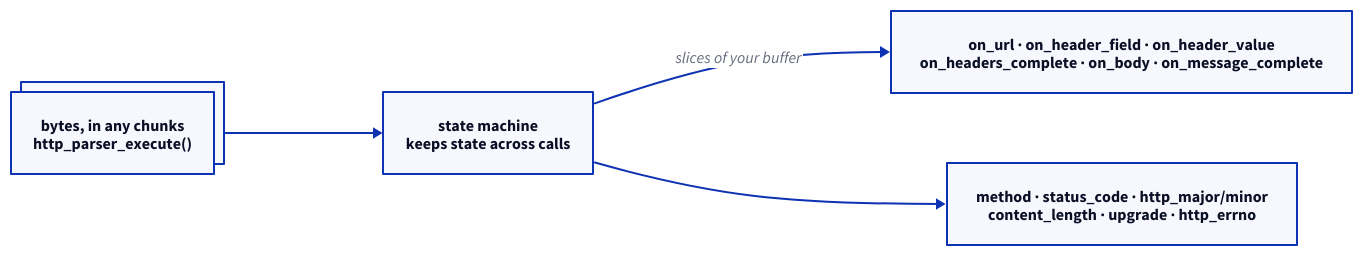
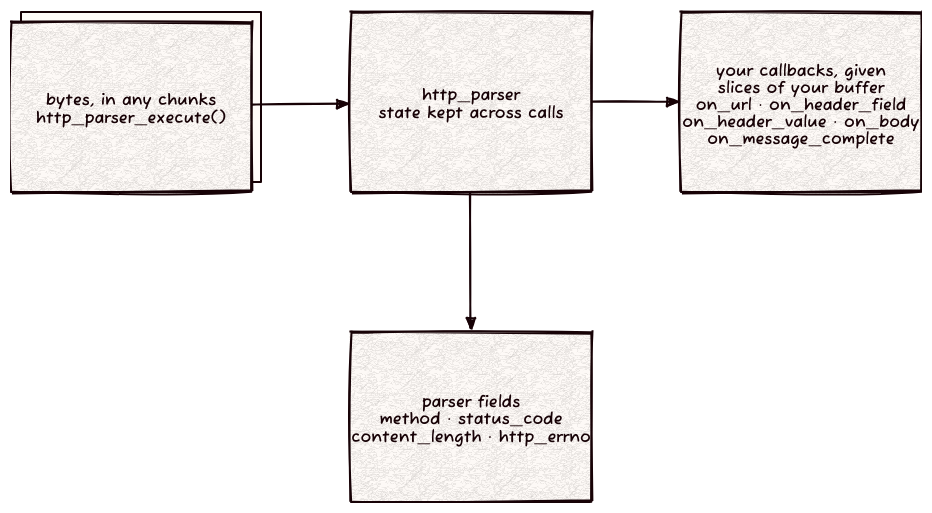
One commit to Kronuz/http-parser changed the diagram in docs/http-parser.d2. Above: the diagram before and after it, drawn with D2. The commit also changed 1 other file, not shown here.

Commit message:
Redraw the README diagram at document proportions
The four boxes sat in one row at 1833x356, so the labels rendered tiny.
A two-row grid at 960x541 keeps the same content readable.

[skip ci]

```diff
--- a/docs/http-parser.d2
+++ b/docs/http-parser.d2
@@ -1,24 +1,35 @@
 # http-parser: bytes in any framing, callbacks with slices of your own buffer.
 # Render: d2 --layout elk --sketch --theme 302 docs/http-parser.d2 docs/http-parser.svg
-direction: right
+vars: { d2-config: { layout-engine: elk; theme-id: 302; sketch: true; pad: 24 } }
+grid-rows: 2
+grid-columns: 3
+horizontal-gap: 90
+vertical-gap: 140
 
 wire: bytes {
+  width: 240
+  height: 170
   style.multiple: true
   label: "bytes, in any chunks\nhttp_parser_execute()"
 }
-
-parser: http_parser {
-  label: "state machine\nkeeps state across calls"
+parser: state machine {
+  width: 240
+  height: 170
+  label: "http_parser\nstate kept across calls"
 }
-
 callbacks: your callbacks {
-  label: "on_url · on_header_field · on_header_value\non_headers_complete · on_body · on_message_complete"
+  width: 240
+  height: 170
+  label: "your callbacks, given\nslices of your buffer\non_url · on_header_field\non_header_value · on_body\non_message_complete"
 }
-
+gap1: "" { style.opacity: 0 }
 fields: parser fields {
-  label: "method · status_code · http_major/minor\ncontent_length · upgrade · http_errno"
+  width: 240
+  height: 170
+  label: "parser fields\nmethod · status_code\ncontent_length · http_errno"
 }
+gap2: "" { style.opacity: 0 }
 
 wire -> parser
-parser -> callbacks: "slices of your buffer"
+parser -> callbacks
 parser -> fields
```
